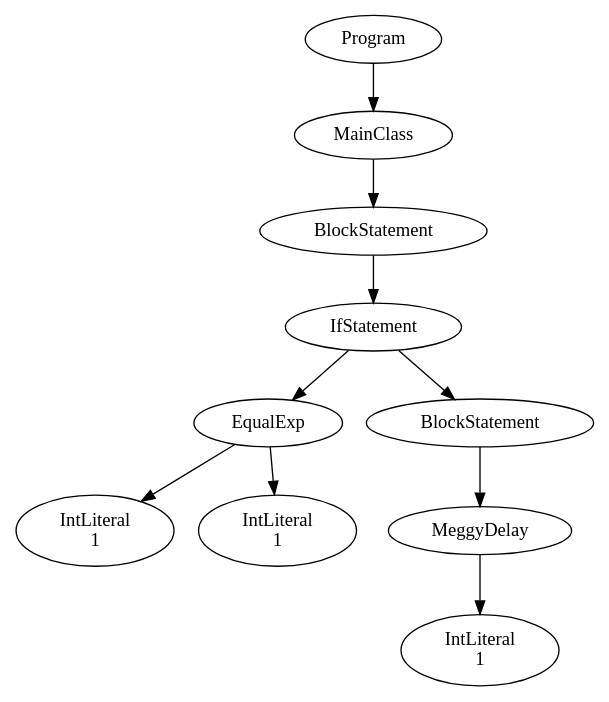
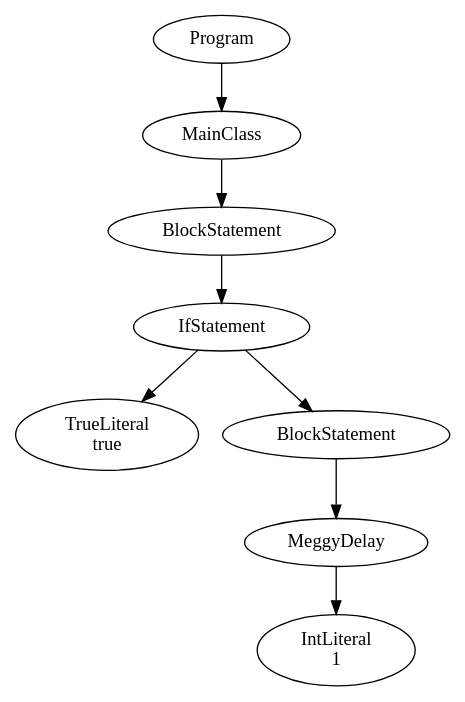
One commit to Ajith20/MeggyJava-compiler changed the diagram in PA3/PA3Test1.java.ast.dot. Above: the diagram before and after it, drawn with Graphviz. The commit also changed 10 other files, not shown here.

```diff
--- a/PA3/PA3Test1.java.ast.dot
+++ b/PA3/PA3Test1.java.ast.dot
@@ -1,21 +1,17 @@
 digraph ASTGraph {
 0 [ label="Program" ];
 1 [ label="MainClass" ];
 0 -> 1
 2 [ label="BlockStatement" ];
 1 -> 2
 3 [ label="IfStatement" ];
 2 -> 3
-4 [ label="EqualExp" ];
+4 [ label="TrueLiteral\ntrue" ];
 3 -> 4
-5 [ label="IntLiteral\n1" ];
-4 -> 5
-6 [ label="IntLiteral\n1" ];
-4 -> 6
-7 [ label="BlockStatement" ];
-3 -> 7
-8 [ label="MeggyDelay" ];
-7 -> 8
-9 [ label="IntLiteral\n1" ];
-8 -> 9
+5 [ label="BlockStatement" ];
+3 -> 5
+6 [ label="MeggyDelay" ];
+5 -> 6
+7 [ label="IntLiteral\n1" ];
+6 -> 7
 }
```
